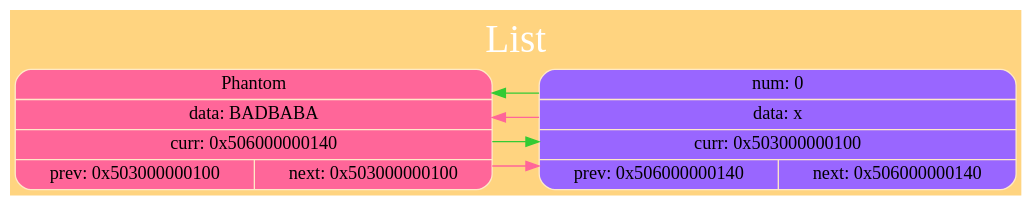
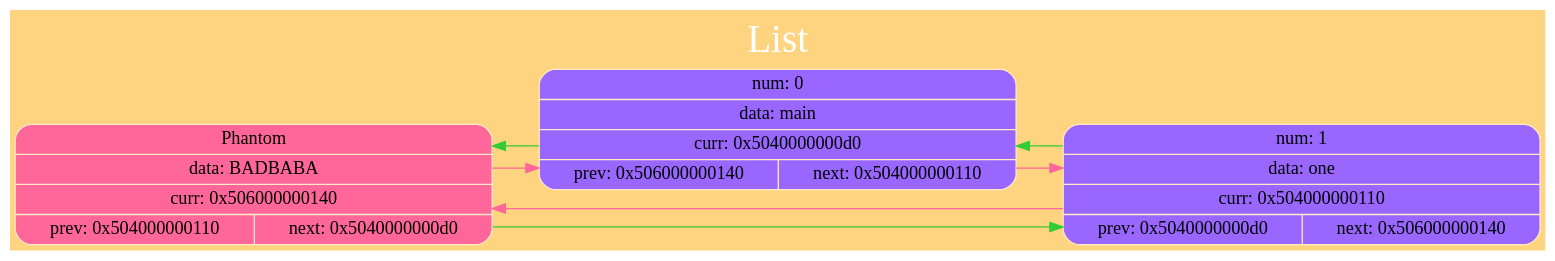
Before and after one commit to kand1bober/OOSD-Language: the diagram in StringList/dump/ListGraph.dot, drawn with Graphviz. The commit also changed 12 other files, not shown here.

```diff
--- a/StringList/dump/ListGraph.dot
+++ b/StringList/dump/ListGraph.dot
@@ -1,19 +1,22 @@
 digraph G
 {
 label="List";
  labelloc="t";
  fontsize=30
  fontname="Verdana";
  fontcolor="#FFFFFF"
 
 rankdir=LR; splines=ortho; size="200,300"; bgcolor="#ffd480";
-{ node_0x506000000140 [shape = record; style="rounded, filled", fillcolor="#ff6699", color="#FFE9C7", label=" { Phantom } | { data: BADBABA } | { curr: 0x506000000140 } | { { prev: 0x503000000100 } | { next: 0x503000000100 } }  "] 
+{ node_0x506000000140 [shape = record; style="rounded, filled", fillcolor="#ff6699", color="#FFE9C7", label=" { Phantom } | { data: BADBABA } | { curr: 0x506000000140 } | { { prev: 0x504000000110 } | { next: 0x5040000000d0 } }  "] 
 }
-node_0x503000000100 [shape = record; style="rounded, filled", fillcolor="#9966FF", color="#FFE9C7", label=" { num: 0 } | { data: x } | { curr: 0x503000000100 } | { { prev: 0x506000000140 } | { next: 0x506000000140 } }  "] 
+node_0x5040000000d0 [shape = record; style="rounded, filled", fillcolor="#9966FF", color="#FFE9C7", label=" { num: 0 } | { data: main } | { curr: 0x5040000000d0 } | { { prev: 0x506000000140 } | { next: 0x504000000110 } }  "] 
+node_0x504000000110 [shape = record; style="rounded, filled", fillcolor="#9966FF", color="#FFE9C7", label=" { num: 1 } | { data: one } | { curr: 0x504000000110 } | { { prev: 0x5040000000d0 } | { next: 0x506000000140 } }  "] 
 
-node_0x506000000140 -> node_0x503000000100 [color ="#ff6699"];
-node_0x506000000140 -> node_0x503000000100 [color ="#34cb34"];
-node_0x503000000100 -> node_0x506000000140 [color ="#ff6699"];
-node_0x503000000100 -> node_0x506000000140 [color ="#34cb34"];
+node_0x506000000140 -> node_0x5040000000d0 [color ="#ff6699"];
+node_0x506000000140 -> node_0x504000000110 [color ="#34cb34"];
+node_0x5040000000d0 -> node_0x504000000110 [color ="#ff6699"];
+node_0x5040000000d0 -> node_0x506000000140 [color ="#34cb34"];
+node_0x504000000110 -> node_0x506000000140 [color ="#ff6699"];
+node_0x504000000110 -> node_0x5040000000d0 [color ="#34cb34"];
 
 }
```
